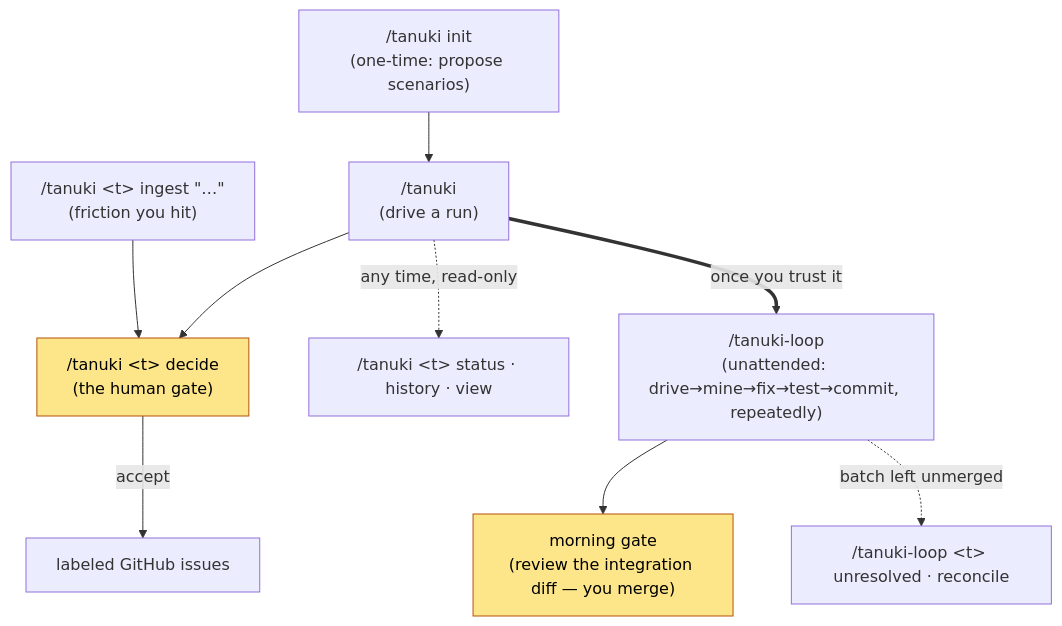
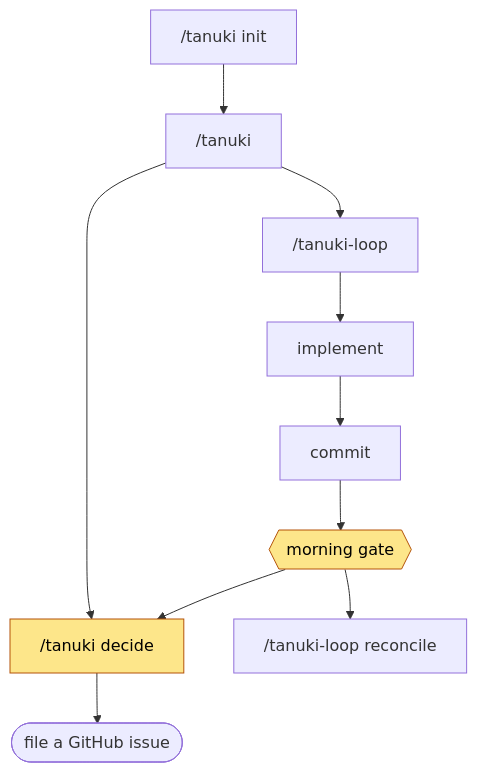
Before and after one commit to tim-nish/tanuki: the diagram in README.md, drawn with Mermaid. The commit also changed other lines of this file, not shown here.

First line of the commit message:
docs: simplify the README basic-sequence Mermaid diagram

````diff
--- a/README.md
+++ b/README.md
@@ -141,15 +141,16 @@
 ```mermaid
 flowchart TD
-    init["/tanuki init<br/>(one-time: propose scenarios)"] --> run["/tanuki<br/>(drive a run)"]
-    run --> decide["/tanuki &lt;t&gt; decide<br/>(the human gate)"]
-    decide -->|accept| issues["labeled GitHub issues"]
-    ingest["/tanuki &lt;t&gt; ingest &quot;…&quot;<br/>(friction you hit)"] --> decide
-    run -.->|any time, read-only| look["/tanuki &lt;t&gt; status · history · view"]
+    init["/tanuki init"] --> run["/tanuki"]
+    run --> decide["/tanuki decide"]
+    decide --> issue(["file a GitHub issue"])
 
-    run ==>|"once you trust it"| loop["/tanuki-loop<br/>(unattended: drive→mine→fix→test→commit, repeatedly)"]
-    loop --> morning["morning gate<br/>(review the integration diff — you merge)"]
-    loop -.->|batch left unmerged| reconcile["/tanuki-loop &lt;t&gt; unresolved · reconcile"]
+    run --> loop["/tanuki-loop"]
+    loop --> implement["implement"]
+    implement --> commit["commit"]
+    commit --> morning{{"morning gate"}}
+    morning --> reconcile["/tanuki-loop reconcile"]
+    morning --> decide
 
     classDef gate fill:#fde68a,stroke:#b45309,color:#000;
     class decide,morning gate;
 ```
````
